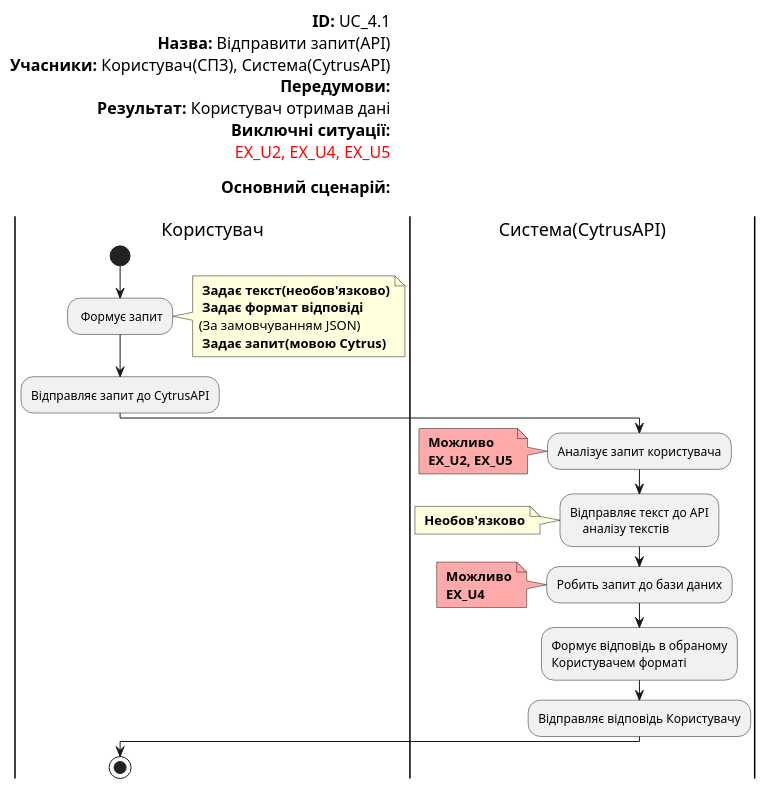
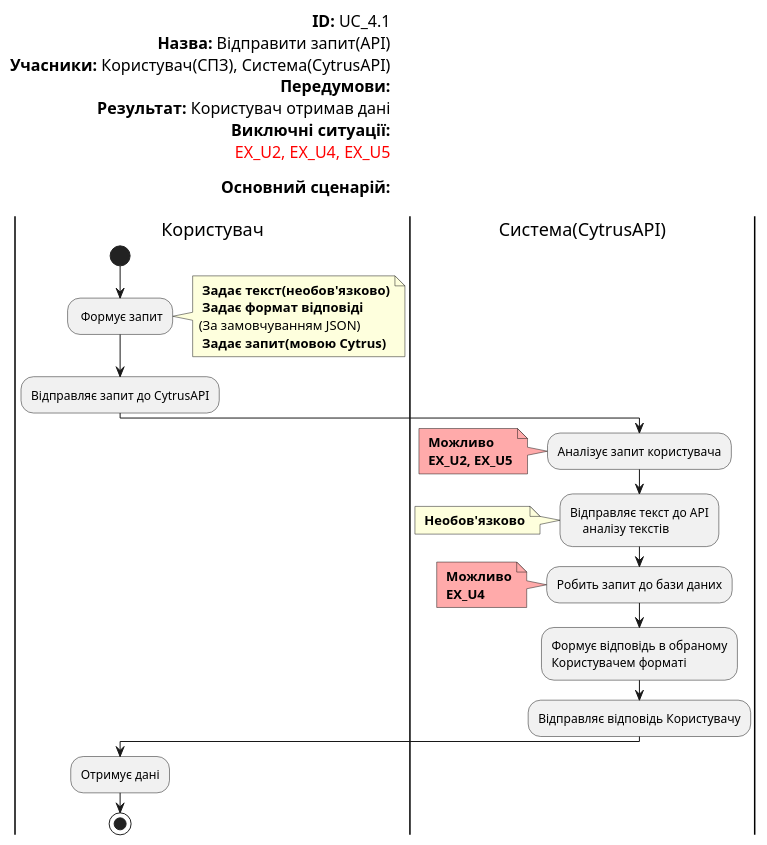
Before and after one commit to NeProgramist/Cytrus: the diagram in doc/uml/UC_4.1.puml, drawn with PlantUML.

Commit message:
add last action on user side

```diff
--- a/doc/uml/UC_4.1.puml
+++ b/doc/uml/UC_4.1.puml
@@ -1,57 +1,58 @@
 @startuml
 
 left header
 <font color=000 size=16><b>ID:</b> UC_4.1
 <font color=000 size=16><b>Назва:</b> Відправити запит(API)
 <font color=000 size=16><b>Учасники:</b> Користувач(СПЗ), Система(CytrusAPI)
 <font color=000 size=16><b>Передумови:</b>
 <font color=000 size=16><b>Результат:</b> Користувач отримав дані
 <font color=000 size=16><b>Виключні ситуації:</b>
 <font color=red size=16>EX_U2, EX_U4, EX_U5
 
 <font color=000 size=16><b>Основний сценарій:</b>
 
 end header
 
 |Користувач|
 start
 : Формує запит;
 note right
 <b> Задає текст(необов'язково)
 <b> Задає формат відповіді
 (За замовчуванням JSON)
 <b> Задає запит(мовою Cytrus)
 end note
 
 :Відправляє запит до CytrusAPI;
 
 |Система(CytrusAPI)|
 :Аналізує запит користувача;
 note left #ffaaaa
 <b> Можливо
 <b> EX_U2, EX_U5
 end note
 
 :Відправляє текст до API
     аналізу текстів;
 note left
 <b> Необов'язково
 end note
 
 :Робить запит до бази даних;
 note left #ffaaaa
 <b> Можливо
 <b> EX_U4
 end note
 
 :Формує відповідь в обраному
 Користувачем форматі;
 
 :Відправляє відповідь Користувачу;
 
 
 |Користувач|
+:Отримує дані;
 stop;
 
 
 @enduml
```
